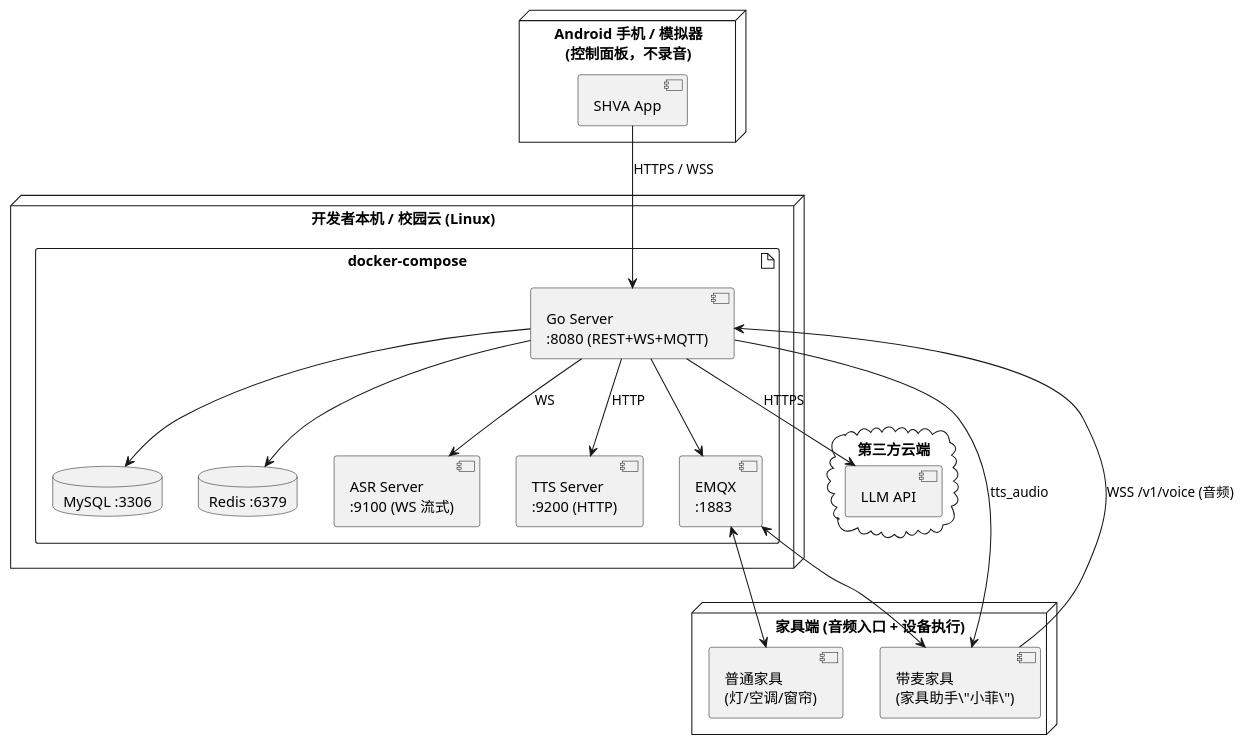
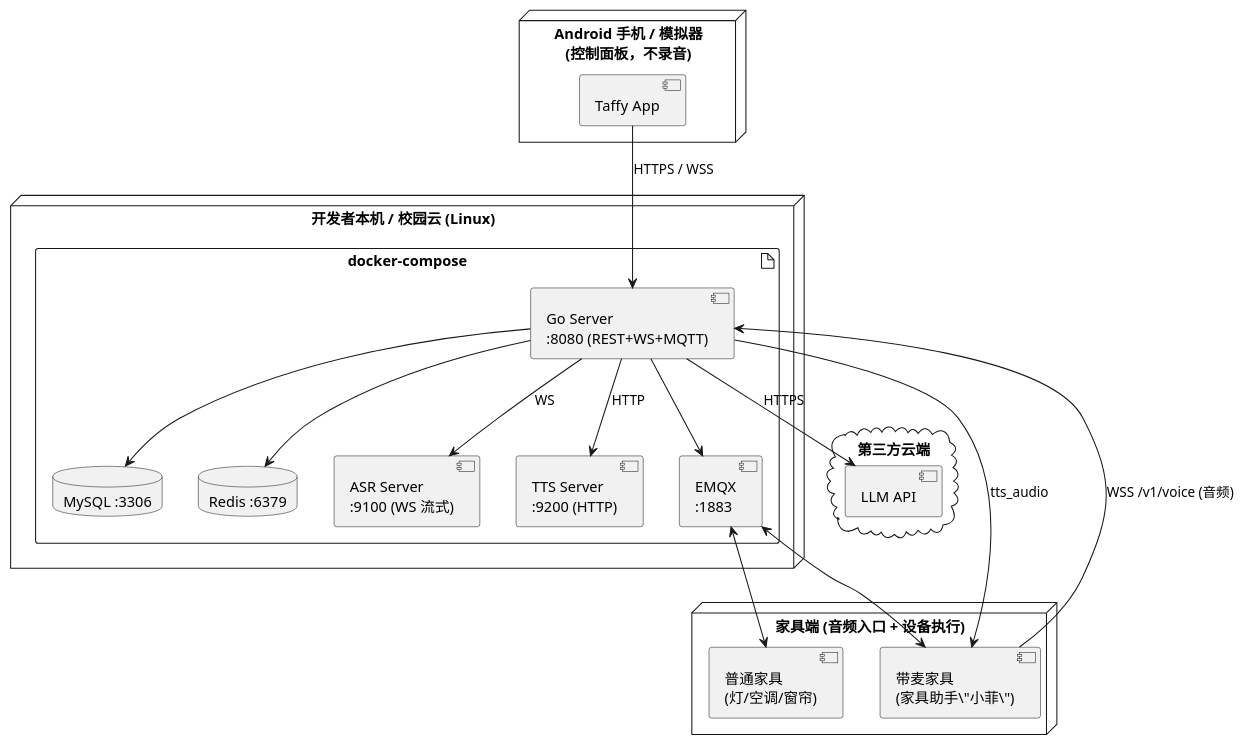
The second of 6 diagrams in docs/03-软件设计文档.md (Yoruko666/Taffy-Assistant), drawn with PlantUML before and after one commit. The commit also changed other lines of this file and 62 other files, not shown here.

````diff
--- a/docs/03-软件设计文档.md
+++ b/docs/03-软件设计文档.md
@@ -165,40 +165,40 @@
 ```plantuml
 @startuml
 node "开发者本机 / 校园云 (Linux)" {
   artifact "docker-compose" {
     component "Go Server\n:8080 (REST+WS+MQTT)" as GoSrv
     component "ASR Server\n:9100 (WS 流式)"      as ASR
     component "TTS Server\n:9200 (HTTP)"         as TTS
     component "EMQX\n:1883"                      as MQ
     database  "MySQL :3306"                      as MySQL
     database  "Redis :6379"                      as Redis
   }
 }
 
 node "Android 手机 / 模拟器\n(控制面板，不录音)" {
-  component "SHVA App"
+  component "Taffy App"
 }
 
 node "家具端 (音频入口 + 设备执行)" {
   component "带麦家具\n(家具助手\"小菲\")"  as Mic
   component "普通家具\n(灯/空调/窗帘)" as Dev
 }
 
 cloud "第三方云端" {
   component "LLM API"
 }
 
-"SHVA App" --> GoSrv : HTTPS / WSS
+"Taffy App" --> GoSrv : HTTPS / WSS
 Mic        --> GoSrv : WSS /v1/voice (音频)
 Mic        <-- GoSrv : tts_audio
 GoSrv --> ASR        : WS
 GoSrv --> TTS        : HTTP
 GoSrv --> "LLM API"  : HTTPS
 GoSrv --> MQ
 MQ <--> Dev
 MQ <--> Mic
 GoSrv --> MySQL
 GoSrv --> Redis
 
 @enduml
 ```
````
